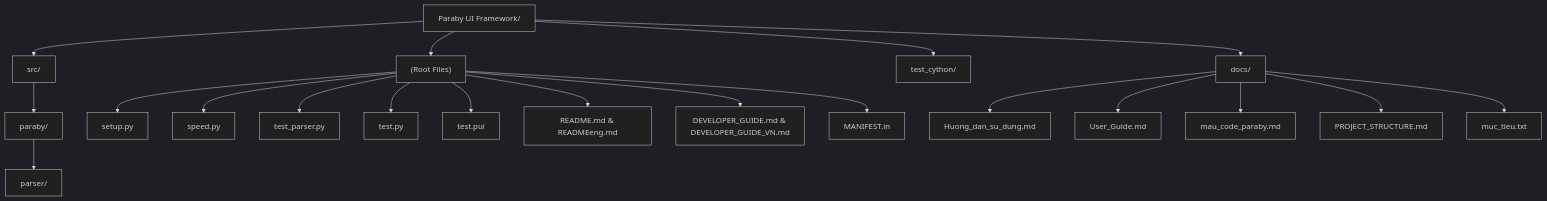
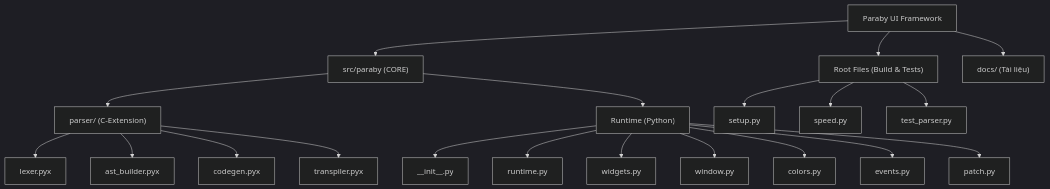
Before and after one commit to Nguyen-dev1506/Paraby-ui-framework: the diagram in docs/PROJECT_STRUCTURE.md, drawn with Mermaid (dark theme). The commit also changed other lines of this file and 56 other files, not shown here.

````diff
--- a/docs/PROJECT_STRUCTURE.md
+++ b/docs/PROJECT_STRUCTURE.md
@@ -9,29 +9,28 @@
 ```mermaid
 graph TD
-    Root["Paraby UI Framework/"]
+    Root["Paraby UI Framework"]
     
-    Root --> Core["src/"]
-    Root --> Docs["docs/"]
-    Root --> Tests["test_cython/"]
-    Root --> RootFiles["(Root Files)"]
+    Root --> Core["src/paraby (CORE)"]
+    Root --> Build["Root Files (Build & Tests)"]
+    Root --> Docs["docs/ (Tài liệu)"]
     
-    Core --> paraby["paraby/"]
-    paraby --> parser["parser/"]
+    Core --> Parser["parser/ (C-Extension)"]
+    Core --> Runtime["Runtime (Python)"]
     
-    %% Root Files
-    RootFiles --> setup["setup.py"]
-    RootFiles --> speed["speed.py"]
-    RootFiles --> testparser["test_parser.py"]
-    RootFiles --> testpy["test.py"]
-    RootFiles --> testpui["test.pui"]
-    RootFiles --> readme["README.md & READMEeng.md"]
-    RootFiles --> devguide["DEVELOPER_GUIDE.md & DEVELOPER_GUIDE_VN.md"]
-    RootFiles --> manifest["MANIFEST.in"]
+    Parser --> lexer["lexer.pyx"]
+    Parser --> ast["ast_builder.pyx"]
+    Parser --> codegen["codegen.pyx"]
+    Parser --> transpiler["transpiler.pyx"]
     
-    %% Docs
-    Docs --> hdsd["Huong_dan_su_dung.md"]
-    Docs --> ug["User_Guide.md"]
-    Docs --> mcp["mau_code_paraby.md"]
-    Docs --> ps["PROJECT_STRUCTURE.md"]
-    Docs --> muctieu["muc_tieu.txt"]
+    Runtime --> init["__init__.py"]
+    Runtime --> runtime["runtime.py"]
+    Runtime --> widgets["widgets.py"]
+    Runtime --> window["window.py"]
+    Runtime --> colors["colors.py"]
+    Runtime --> events["events.py"]
+    Runtime --> patch["patch.py"]
+    
+    Build --> setup["setup.py"]
+    Build --> speed["speed.py"]
+    Build --> test_parser["test_parser.py"]
 ```
````
